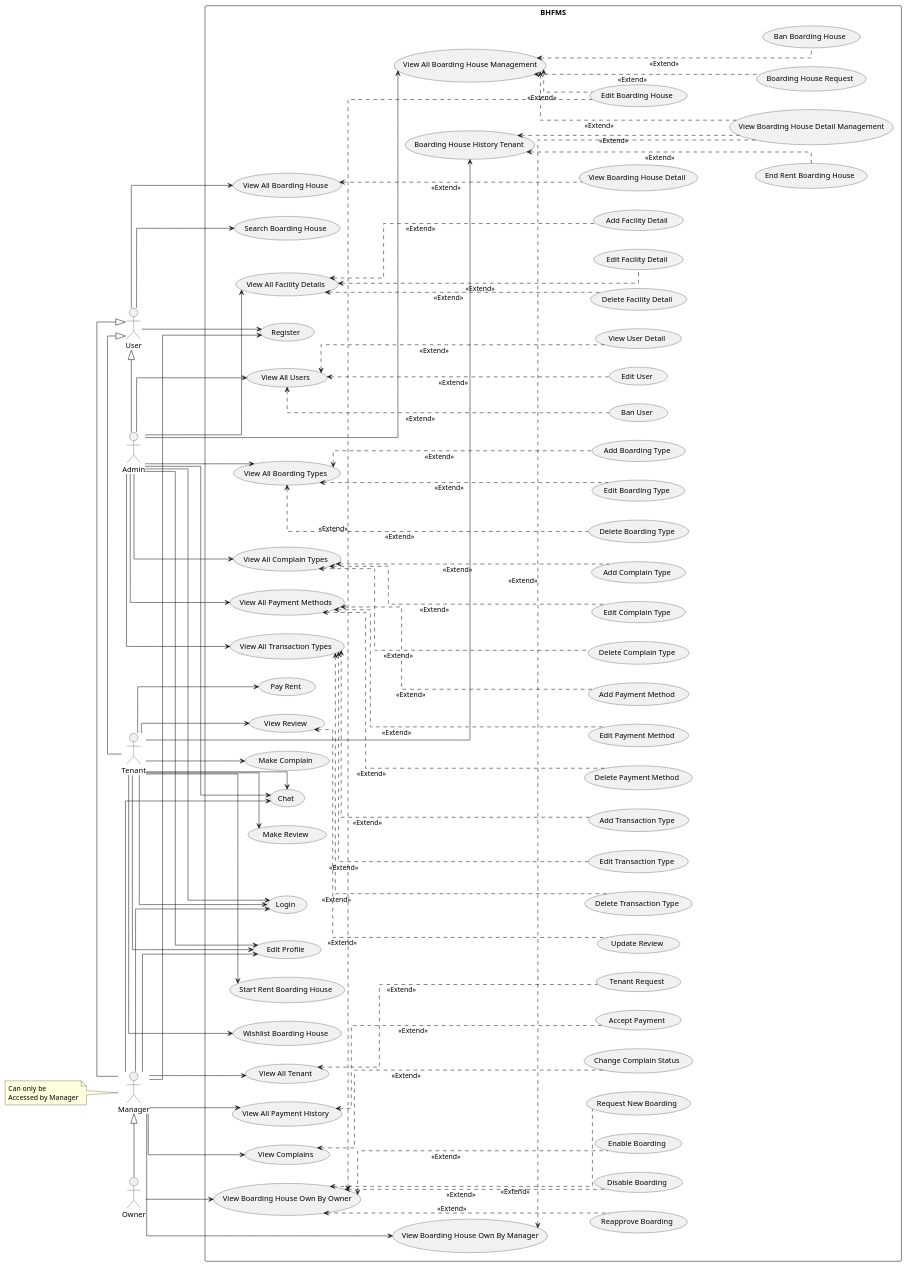
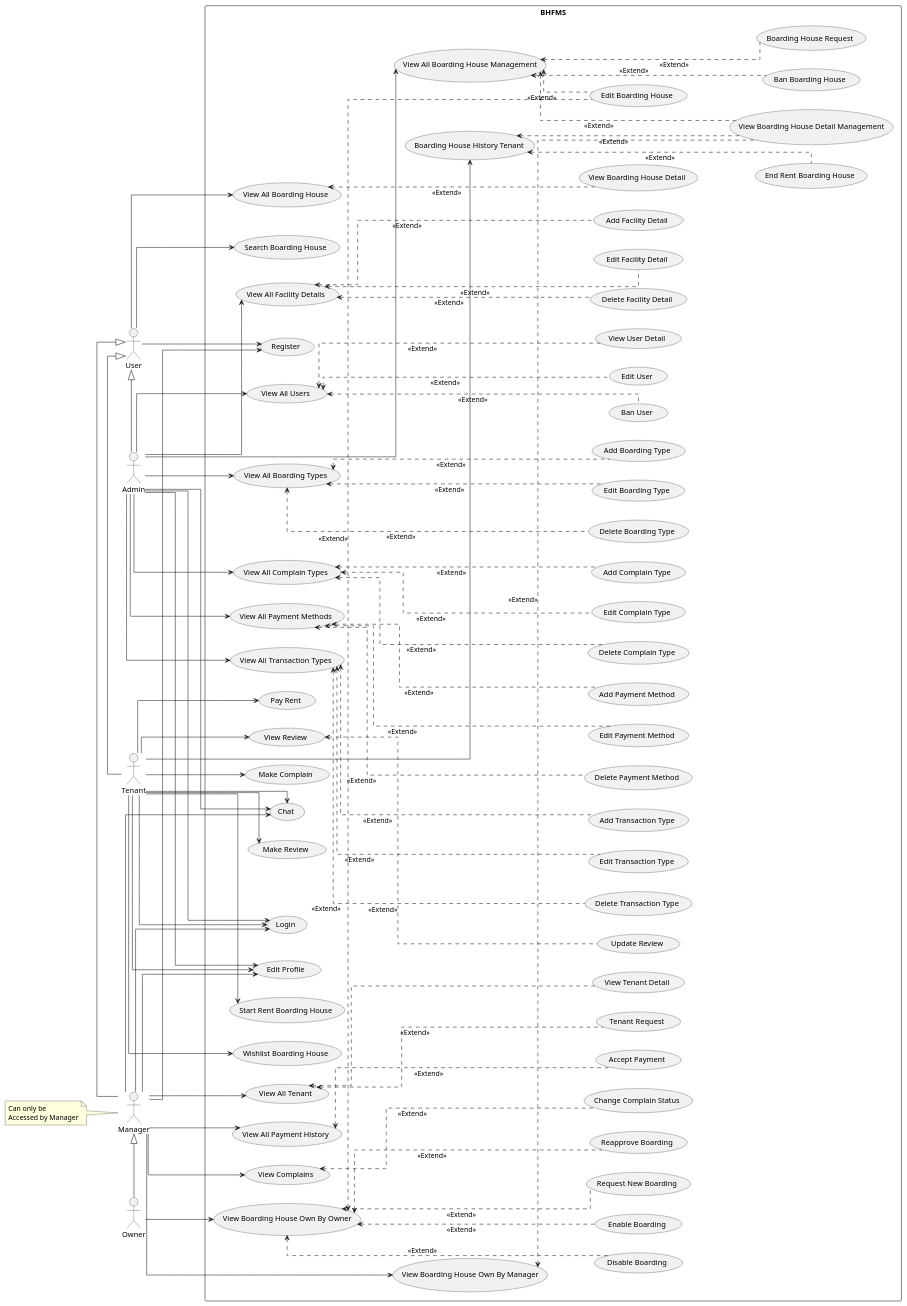
One commit to AntWort21/BHFMS changed the diagram in Design/BHFMS_USE_Case.puml. Above: the diagram before and after it, drawn with PlantUML. The commit also changed 2 other files, not shown here.

Commit message:
Add View Tenant Detail

```diff
--- a/Design/BHFMS_USE_Case.puml
+++ b/Design/BHFMS_USE_Case.puml
@@ -1,190 +1,192 @@
 @startuml
 left to right direction
 skinparam linetype ortho
 
 rectangle BHFMS {
     ' General'
     usecase (Chat) as cht
     usecase (Login) as lgn
     usecase (Register) as rgs
     usecase (Edit Profile) as edt_profile
 
     ' Manager'
     usecase (View Complains) as view_cmpln
     usecase (Change Complain Status) as chng_cmpln
     usecase (View All Tenant) as view_tenant
     usecase (Tenant Request) as accept_tenant
     usecase (View Boarding House Own By Manager) as view_bh_own_mng
+    usecase (View Tenant Detail) as view_tenant_detail
 
     ' Boarding House Owner'
     usecase (Request New Boarding) as req_bh
     usecase (Reapprove Boarding) as reapv_bh
     usecase (Disable Boarding) as dis_bh
     usecase (Enable Boarding) as enb_bh
     usecase (Edit Boarding House) as edit_bh
     usecase (View Boarding House Own By Owner) as view_bh_own_own
 
     ' Tenant'
     usecase (Start Rent Boarding House) as rent_bh
     usecase (End Rent Boarding House) as end_rent_bh
     usecase (Wishlist Boarding House) as wish_bh
     usecase (Search Boarding House) as search_bh
     usecase (Pay Rent) as rpymnt
     usecase (Make Complain) as cmpln
     usecase (Make Review) as mk_rvw
     usecase (View Review) as vw_rvw
     usecase (Update Review) as update_rvw
     usecase (View All Boarding House) as show_bh_all
     usecase (View Boarding House Detail) as show_bh_detail
     usecase (Boarding House History Tenant) as view_bh_tenant
 
 
     ' Supervisor / Admin'
     usecase (View All Boarding House Management) as show_bh_admin
     usecase (Ban Boarding House) as del_bh_admin
     usecase (Boarding House Request) as aprv_bh_admin
     usecase (View Boarding House Detail Management) as view_bh
 
     usecase (View All Facility Details) as show_fcl_admin 
     usecase (Delete Facility Detail) as del_fcl_admin
     usecase (Edit Facility Detail) as edit_fcl_admin
     usecase (Add Facility Detail) as aprv_fcl_admin
     
     usecase (View All Users) as show_user_admin 
     usecase (Ban User) as del_user_admin
     usecase (Edit User) as edit_user_admin
     usecase (View User Detail) as view_user_admin
 
     usecase (View All Boarding Types) as show_btyp_admin 
     usecase (Delete Boarding Type) as del_btyp_admin
     usecase (Edit Boarding Type) as edit_btyp_admin
     usecase (Add Boarding Type) as aprv_btyp_admin
 
     usecase (View All Complain Types) as show_ctyp_admin 
     usecase (Delete Complain Type) as del_ctyp_admin
     usecase (Edit Complain Type) as edit_ctyp_admin
     usecase (Add Complain Type) as aprv_ctyp_admin
 
     usecase (View All Payment Methods) as show_pymtd_admin 
     usecase (Delete Payment Method) as del_pymtd_admin
     usecase (Edit Payment Method) as edit_pymtd_admin
     usecase (Add Payment Method) as aprv_pymtd_admin
 
     usecase (View All Transaction Types) as show_ttyp_admin 
     usecase (Delete Transaction Type) as del_ttyp_admin
     usecase (Edit Transaction Type) as edit_ttyp_admin
     usecase (Add Transaction Type) as aprv_ttyp_admin
     
     usecase (View All Payment History) as view_payment
     usecase (Accept Payment) as accpt_payment
 }
 
 actor :Owner: as own
 actor :User: as user
 actor :Tenant: as tenant
 actor :Admin: as adm
 actor :Manager: as mngr
 
 
 adm ---> edt_profile
 tenant ---> edt_profile
 mngr ---> edt_profile
 
 mngr ---> view_payment
 view_payment <... accpt_payment: <<Extend>>
 
 user <|-right- mngr
 mngr <|-right- own
 user <|-right- tenant
 user <|-right- adm
 
 
 
 
 adm ---> lgn
 tenant ---> lgn
 mngr ---> lgn
 
 adm ---> cht
 tenant ---> cht
 mngr ---> cht
 
 user ---> rgs
 mngr ---> rgs
 
 adm ---> show_bh_admin
 adm ---> show_fcl_admin
 
 tenant ---> rpymnt
 tenant ---> rent_bh
 tenant ---> cmpln
 tenant ---> mk_rvw
 tenant ---> vw_rvw
 tenant ---> wish_bh
 tenant ---> view_bh_tenant
 view_bh_tenant <... view_bh: <<Extend>>
 view_bh_tenant <... end_rent_bh: <<Extend>>
 
 user ---> show_bh_all
 user ---> search_bh
 
 vw_rvw <... update_rvw: <<Extend>>
 show_bh_all <... show_bh_detail: <<Extend>>
 
 
 
 view_cmpln <... chng_cmpln: <<Extend>>
 view_bh_own_own <... edit_bh: <<Extend>>
 show_bh_admin <.. edit_bh: <<Extend>>
 own ---> view_bh_own_own
 view_bh_own_own <... req_bh: <<Extend>>
 view_bh_own_own <... reapv_bh: <<Extend>>
 view_bh_own_own <... dis_bh: <<Extend>>
 view_bh_own_own <... enb_bh: <<Extend>>
 
 show_bh_admin <... del_bh_admin: <<Extend>>
 
 show_bh_admin <... aprv_bh_admin: <<Extend>>
 show_bh_admin <... view_bh: <<Extend>>
 
 show_fcl_admin <... del_fcl_admin: <<Extend>>
 show_fcl_admin <... edit_fcl_admin: <<Extend>>
 show_fcl_admin <... aprv_fcl_admin: <<Extend>>
 
 adm ---> show_user_admin
 show_user_admin <... del_user_admin: <<Extend>>
 show_user_admin <... edit_user_admin: <<Extend>>
 show_user_admin <... view_user_admin: <<Extend>>
 
 adm ---> show_btyp_admin
 show_btyp_admin <... del_btyp_admin: <<Extend>>
 show_btyp_admin <... edit_btyp_admin: <<Extend>>
 show_btyp_admin <... aprv_btyp_admin: <<Extend>>
 
 adm ---> show_ctyp_admin
 show_ctyp_admin <... del_ctyp_admin: <<Extend>>
 show_ctyp_admin <... edit_ctyp_admin: <<Extend>>
 show_ctyp_admin <... aprv_ctyp_admin: <<Extend>>
 
 adm ---> show_pymtd_admin
 show_pymtd_admin <... del_pymtd_admin: <<Extend>>
 show_pymtd_admin <... edit_pymtd_admin: <<Extend>>
 show_pymtd_admin <... aprv_pymtd_admin: <<Extend>>
 
 adm ---> show_ttyp_admin
 show_ttyp_admin <... del_ttyp_admin: <<Extend>>
 show_ttyp_admin <... edit_ttyp_admin: <<Extend>>
 show_ttyp_admin <... aprv_ttyp_admin: <<Extend>>
 
 mngr -->view_tenant
 mngr --> view_cmpln
 mngr --> view_bh_own_mng
 note left
 Can only be 
 Accessed by Manager
 end note
 view_bh_own_mng <... view_bh: <<Extend>>
 
 
 view_tenant <...  accept_tenant: <<Extend>>
+view_tenant <... view_tenant_detail <<Extend>>
 @enduml
```
